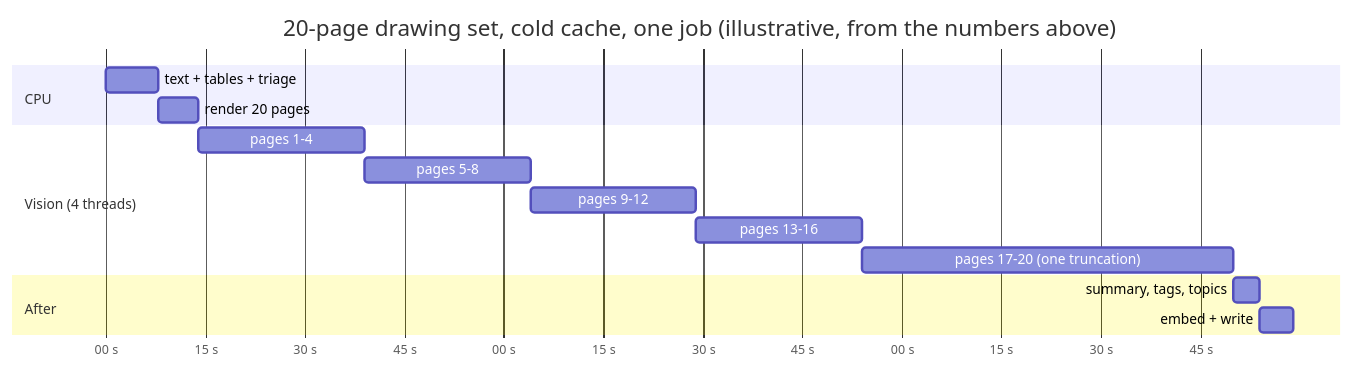
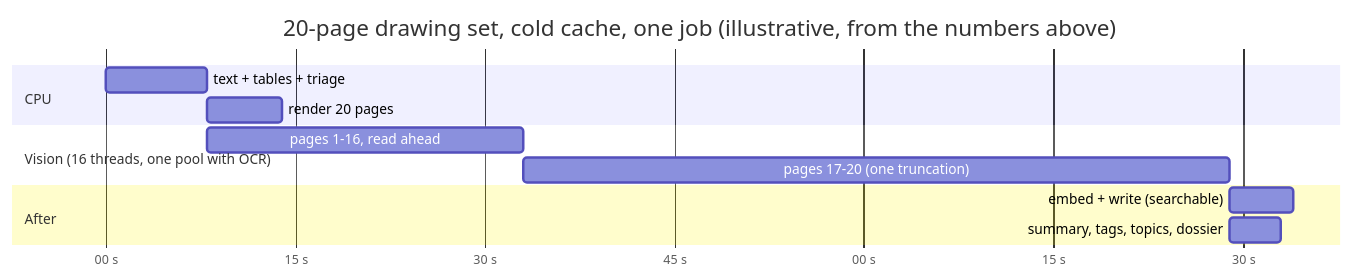
One commit to archos-at/archos changed the fourth of 7 diagrams in docs/architecture/ingestion-pipeline.md. Above: the diagram before and after it, drawn with Mermaid. The commit also changed other lines of this file and 803 other files, not shown here.

````diff
--- a/docs/architecture/ingestion-pipeline.md
+++ b/docs/architecture/ingestion-pipeline.md
@@ -199,18 +287,15 @@
 ```mermaid
 gantt
   dateFormat  s
   axisFormat  %S s
   title 20-page drawing set, cold cache, one job (illustrative, from the numbers above)
   section CPU
   text + tables + triage        :a1, 0, 8s
   render 20 pages               :a2, after a1, 6s
-  section Vision (4 threads)
-  pages 1-4                     :v1, after a2, 25s
-  pages 5-8                     :v2, after v1, 25s
-  pages 9-12                    :v3, after v2, 25s
-  pages 13-16                   :v4, after v3, 25s
-  pages 17-20 (one truncation)  :v5, after v4, 56s
+  section Vision (16 threads, one pool with OCR)
+  pages 1-16, read ahead         :v1, after a1, 25s
+  pages 17-20 (one truncation)   :v2, after v1, 56s
   section After
-  summary, tags, topics         :s1, after v5, 4s
-  embed + write                 :s2, after s1, 5s
+  embed + write (searchable)     :s2, after v2, 5s
+  summary, tags, topics, dossier :s1, after v2, 4s
 ```
````
